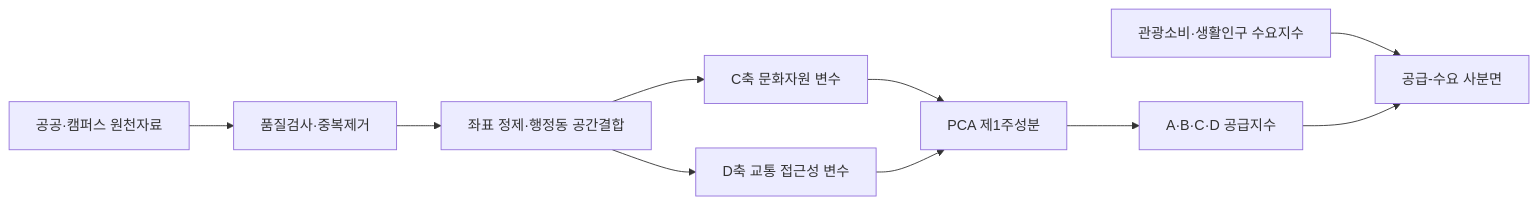
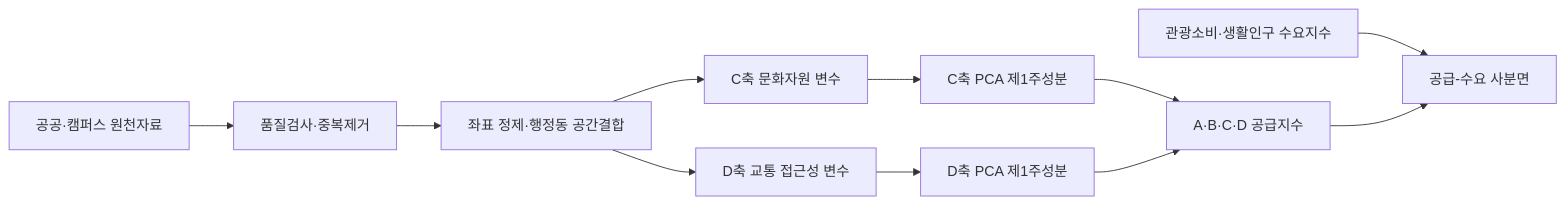
One commit to chan12-photo/seoul-tourism-experience-index changed the diagram in README.md. Above: the diagram before and after it, drawn with Mermaid. The commit also changed other lines of this file and 28 other files, not shown here.

````diff
--- a/README.md
+++ b/README.md
@@ -42,12 +42,13 @@
 ```mermaid
 flowchart LR
     R[공공·캠퍼스 원천자료] --> Q[품질검사·중복제거]
     Q --> G[좌표 정제·행정동 공간결합]
     G --> C[C축 문화자원 변수]
     G --> D[D축 교통 접근성 변수]
-    C --> P[PCA 제1주성분]
-    D --> P
-    P --> X[A·B·C·D 공급지수]
+    C --> CP[C축 PCA 제1주성분]
+    D --> DP[D축 PCA 제1주성분]
+    CP --> X[A·B·C·D 공급지수]
+    DP --> X
     Y[관광소비·생활인구 수요지수] --> M[공급-수요 사분면]
     X --> M
 ```
````
